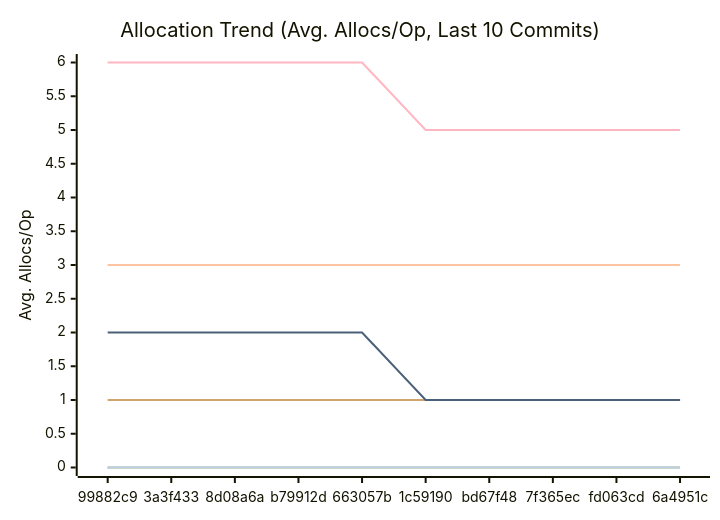
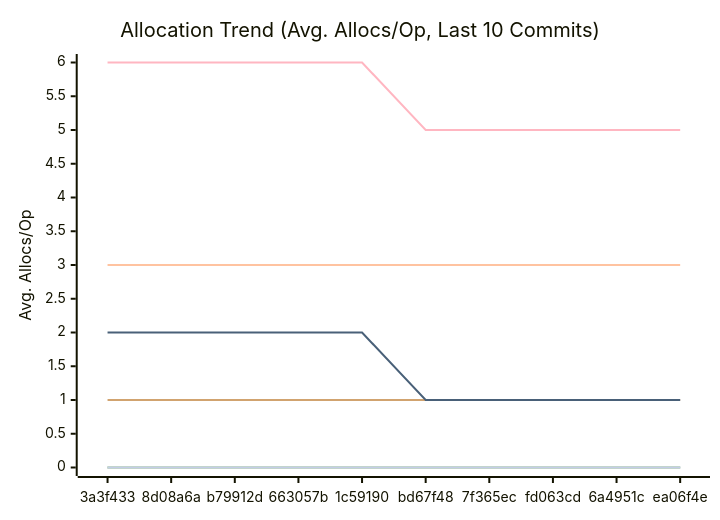
One commit to alsotoes/momo changed the third of 3 diagrams in docs/PERFORMANCE.md. Above: the diagram before and after it, drawn with Mermaid. The commit also changed other lines of this file and 4 other files, not shown here.

````diff
--- a/docs/PERFORMANCE.md
+++ b/docs/PERFORMANCE.md
@@ -114,16 +114,16 @@
 ```mermaid
 xychart-beta
     title "Allocation Trend (Avg. Allocs/Op, Last 10 Commits)"
     x-axis "Commit"
     y-axis "Avg. Allocs/Op"
-    x-axis [99882c9,3a3f433,8d08a6a,b79912d,663057b,1c59190,bd67f48,7f365ec,fd063cd,6a4951c]
+    x-axis [3a3f433,8d08a6a,b79912d,663057b,1c59190,bd67f48,7f365ec,fd063cd,6a4951c,ea06f4e]
     line "CheckMetricsAndSwap" [0,0,0,0,0,0,0,0,0,0]
     line "CrushOptimized" [0,0,0,0,0,0,0,0,0,0]
     line "CrushOriginal" [3,3,3,3,3,3,3,3,3,3]
     line "IndexDirectTracking" [0,0,0,0,0,0,0,0,0,0]
     line "IndexSearch" [0,0,0,0,0,0,0,0,0,0]
     line "LoadGlobalConfig" [1,1,1,1,1,1,1,1,1,1]
     line "PadString" [0,0,0,0,0,0,0,0,0,0]
     line "ParseReplicationOrder_NoPrealloc" [6,6,6,6,6,5,5,5,5,5]
     line "ParseReplicationOrder_Prealloc" [2,2,2,2,2,1,1,1,1,1]
 ```
````
